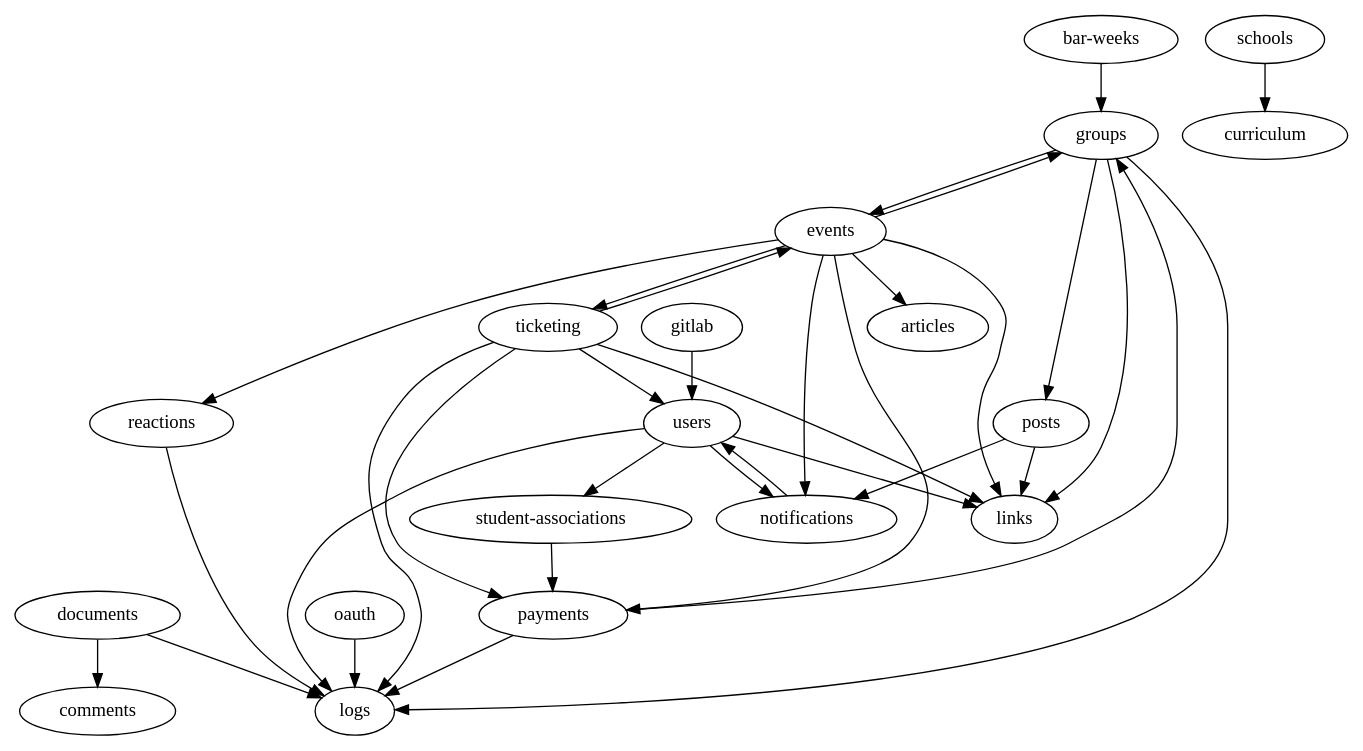
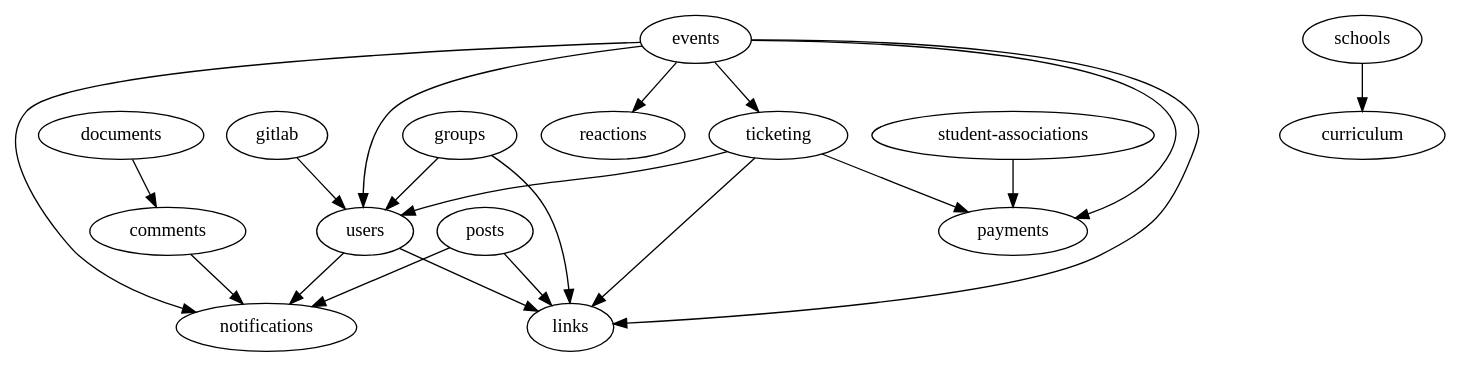
Before and after one commit to inp-net/churros: the diagram in packages/api/scripts/modules-import-graph.dot, drawn with Graphviz. The commit also changed 162 other files, not shown here.

```diff
--- a/packages/api/scripts/modules-import-graph.dot
+++ b/packages/api/scripts/modules-import-graph.dot
@@ -1,54 +1,37 @@
 strict digraph  {
 documents;
 comments;
-logs;
-"bar-weeks";
-groups;
 schools;
 curriculum;
 "student-associations";
 payments;
 ticketing;
 users;
 links;
+groups;
 events;
-posts;
 reactions;
 notifications;
-articles;
+posts;
 gitlab;
-oauth;
 documents -> comments;
-documents -> logs;
-"bar-weeks" -> groups;
-groups -> events;
-groups -> posts;
-groups -> logs;
-groups -> links;
+comments -> notifications;
 schools -> curriculum;
 "student-associations" -> payments;
-payments -> groups;
-payments -> logs;
+ticketing -> payments;
 ticketing -> users;
-ticketing -> payments;
-ticketing -> logs;
 ticketing -> links;
-ticketing -> events;
 users -> notifications;
-users -> "student-associations";
-users -> logs;
 users -> links;
+groups -> users;
+groups -> links;
 events -> reactions;
-events -> groups;
+events -> links;
+events -> payments;
 events -> ticketing;
-events -> payments;
+events -> users;
 events -> notifications;
-events -> links;
-events -> articles;
 posts -> notifications;
 posts -> links;
-reactions -> logs;
-notifications -> users;
 gitlab -> users;
-oauth -> logs;
 }
```
